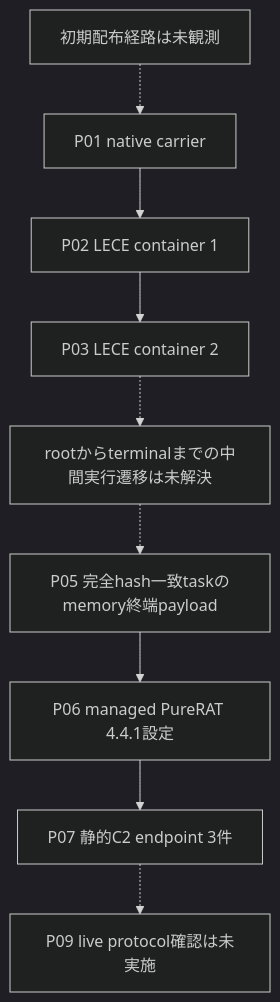
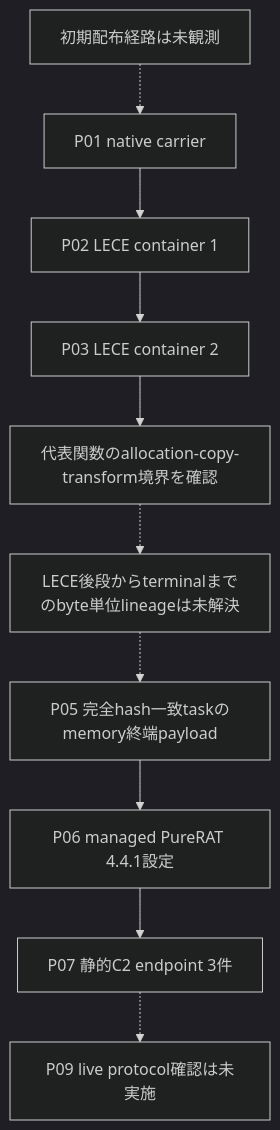
Before and after one commit to proshiba/AI-security-analysis: the second of 3 diagrams in analysis-results/malware/purehvnc/versions/v4.4.1/cases/d025a29613e300d7755f878eb1d23d8a8a042cb2d3eb9005d66664ab9b97c677/OVERALL-LOGIC.md, drawn with Mermaid (dark theme). The commit also changed other lines of this file and 153 other files, not shown here.

````diff
--- a/analysis-results/malware/purehvnc/versions/v4.4.1/cases/d025a29613e300d7755f878eb1d23d8a8a042cb2d3eb9005d66664ab9b97c677/OVERALL-LOGIC.md
+++ b/analysis-results/malware/purehvnc/versions/v4.4.1/cases/d025a29613e300d7755f878eb1d23d8a8a042cb2d3eb9005d66664ab9b97c677/OVERALL-LOGIC.md
@@ -23,11 +24,12 @@
 ```mermaid
 flowchart TD
     C00["初期配布経路は未観測"] -.-> C01["P01 native carrier"]
     C01 --> C02["P02 LECE container 1"]
     C02 --> C03["P03 LECE container 2"]
-    C03 -.-> C04["rootからterminalまでの中間実行遷移は未解決"]
+    C03 --> C04A["代表関数のallocation-copy-transform境界を確認"]
+    C04A -.-> C04["LECE後段からterminalまでのbyte単位lineageは未解決"]
     C04 -.-> C05["P05 完全hash一致taskのmemory終端payload"]
     C05 --> C06["P06 managed PureRAT 4.4.1設定"]
     C06 --> C07["P07 静的C2 endpoint 3件"]
     C07 -.-> C08["P09 live protocol確認は未実施"]
 ```
````
